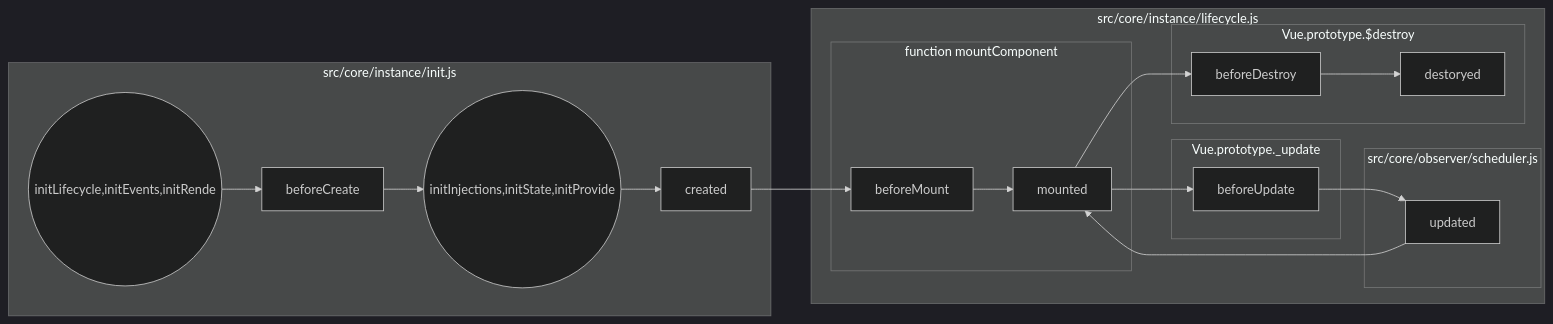
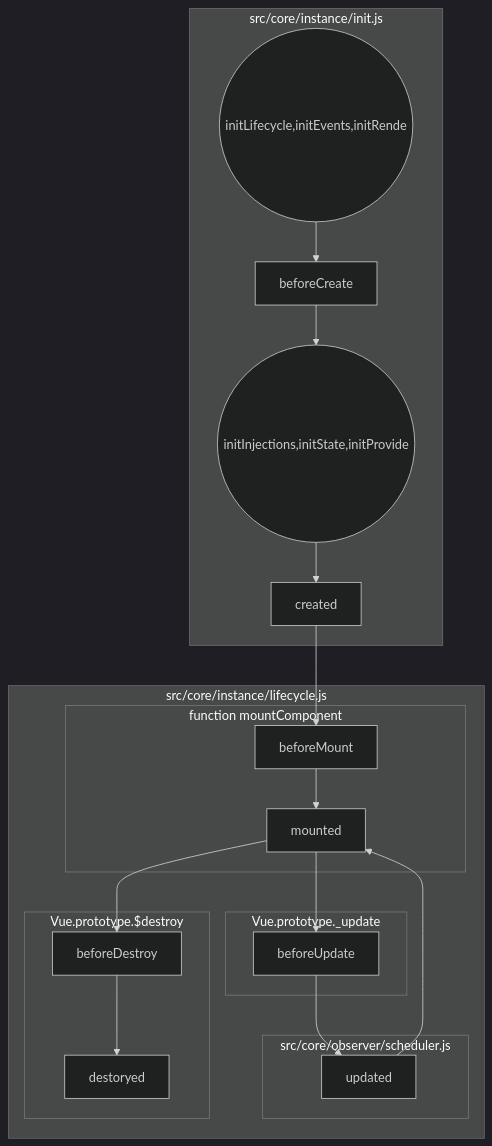
One commit to pbdm/posts changed the first of 2 diagrams in 2017-07-26-vue.md. Above: the diagram before and after it, drawn with Mermaid (dark theme). The commit also changed other lines of this file and 18 other files, not shown here.

````diff
--- a/2017-07-26-vue.md
+++ b/2017-07-26-vue.md
@@ -48,33 +48,33 @@
 ```mermaid
-graph LR
+graph TD
   b((initLifecycle,initEvents,initRende))
   a((initInjections,initState,initProvide))
   subgraph src/core/instance/init.js
   b --> beforeCreate
   beforeCreate --> a
   a --> created
   end
 
   subgraph src/core/instance/lifecycle.js
   subgraph function mountComponent
   created --> beforeMount
   beforeMount --> mounted
   end
   mounted --> beforeUpdate
 
   subgraph src/core/observer/scheduler.js
   updated
   end
 
   subgraph Vue.prototype._update
   beforeUpdate
   end
 
   beforeUpdate --> updated
   updated --> mounted
   subgraph Vue.prototype.$destroy
   mounted --> beforeDestroy
   beforeDestroy --> destoryed
-  end 
+  end
   end
 ```
````
